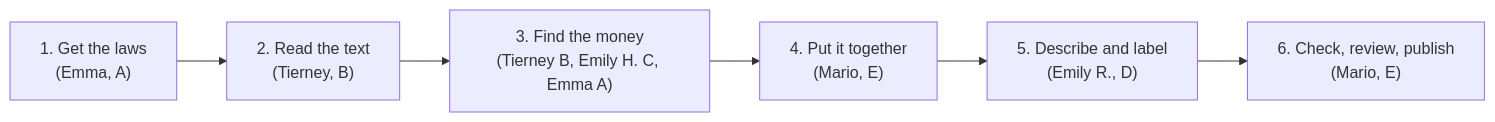
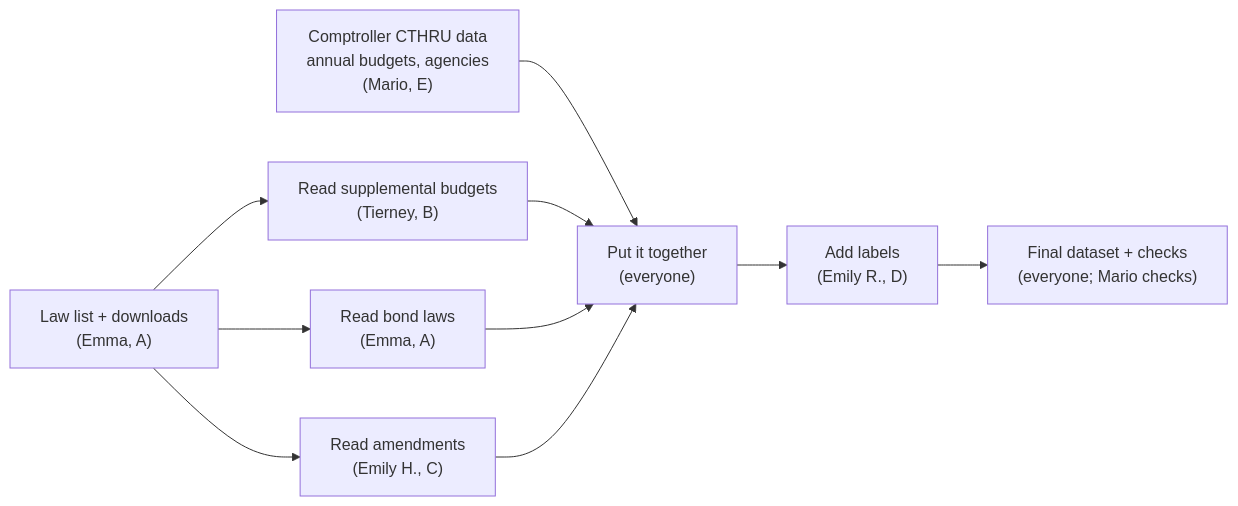
Before and after one commit to EmmaWisniewski/capstone-fall26: the diagram in docs/OVERVIEW.md, drawn with Mermaid. The commit also changed other lines of this file and 36 other files, not shown here.

First line of the commit message:
Design v0.2: CTHRU-first, 8 stages, per-item labels, re-runnable yearly

````diff
--- a/docs/OVERVIEW.md
+++ b/docs/OVERVIEW.md
@@ -37,8 +47,12 @@
 ```mermaid
 flowchart LR
-  P1["1. Get the laws<br/>(Emma, A)"] --> P2["2. Read the text<br/>(Tierney, B)"]
-  P2 --> P3["3. Find the money<br/>(Tierney B, Emily H. C, Emma A)"]
-  P3 --> P4["4. Put it together<br/>(Mario, E)"]
-  P4 --> P5["5. Describe and label<br/>(Emily R., D)"]
-  P5 --> P6["6. Check, review, publish<br/>(Mario, E)"]
+  CT["Comptroller CTHRU data<br/>annual budgets, agencies<br/>(Mario, E)"] --> P
+  L["Law list + downloads<br/>(Emma, A)"] --> R1["Read supplemental budgets<br/>(Tierney, B)"]
+  L --> R2["Read bond laws<br/>(Emma, A)"]
+  L --> R3["Read amendments<br/>(Emily H., C)"]
+  R1 --> P["Put it together<br/>(everyone)"]
+  R2 --> P
+  R3 --> P
+  P --> LB["Add labels<br/>(Emily R., D)"]
+  LB --> X["Final dataset + checks<br/>(everyone; Mario checks)"]
 ```
````
